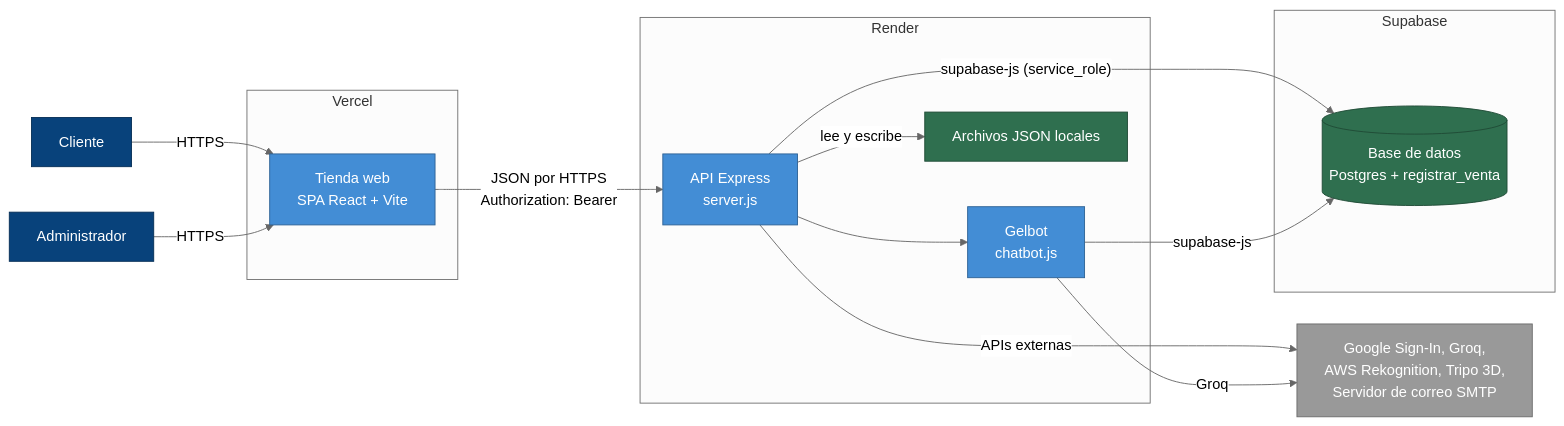
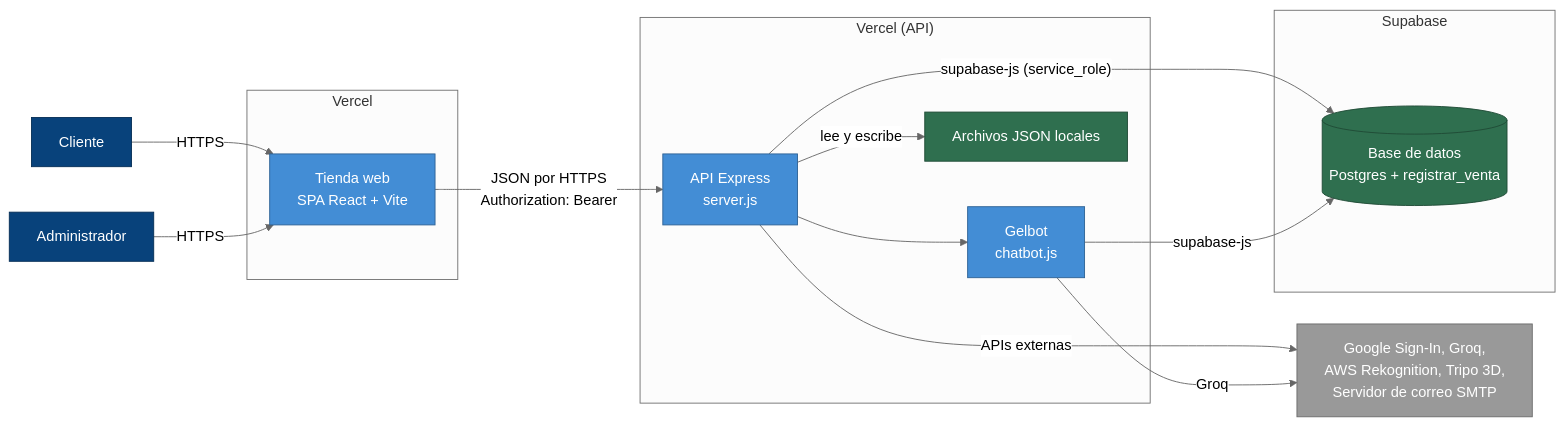
One commit to cristian-0023/SUPER-GELATTO changed the diagram in docs/arquitectura/03-contenedores.md. Above: the diagram before and after it, drawn with Mermaid (neutral theme). The commit also changed other lines of this file and 7 other files, not shown here.

First line of the commit message:
chore: apuntar la página al servidor en Vercel y agregar despertador diario /api/health

````diff
--- a/docs/arquitectura/03-contenedores.md
+++ b/docs/arquitectura/03-contenedores.md
@@ -37,36 +37,36 @@
 ```mermaid
 flowchart LR
   classDef persona fill:#08427b,stroke:#052e56,color:#fff
   classDef contenedor fill:#438dd5,stroke:#2e6295,color:#fff
   classDef datos fill:#2f6f4f,stroke:#1f4a35,color:#fff
   classDef externo fill:#999999,stroke:#6b6b6b,color:#fff
 
   C["Cliente"]:::persona
   AD["Administrador"]:::persona
 
   subgraph VERCEL["Vercel"]
     W["Tienda web<br/>SPA React + Vite"]:::contenedor
   end
 
-  subgraph RENDER["Render"]
+  subgraph RENDER["Vercel (API)"]
     API["API Express<br/>server.js"]:::contenedor
     GB["Gelbot<br/>chatbot.js"]:::contenedor
     JS["Archivos JSON locales"]:::datos
   end
 
   subgraph SUPA["Supabase"]
     DB[("Base de datos<br/>Postgres + registrar_venta")]:::datos
   end
 
   EXT["Google Sign-In, Groq,<br/>AWS Rekognition, Tripo 3D,<br/>Servidor de correo SMTP"]:::externo
 
   C -->|"HTTPS"| W
   AD -->|"HTTPS"| W
   W -->|"JSON por HTTPS<br/>Authorization: Bearer"| API
   API --> GB
   API -->|"supabase-js (service_role)"| DB
   GB -->|"supabase-js"| DB
   API -->|"lee y escribe"| JS
   API -->|"APIs externas"| EXT
   GB -->|"Groq"| EXT
 ```
````
